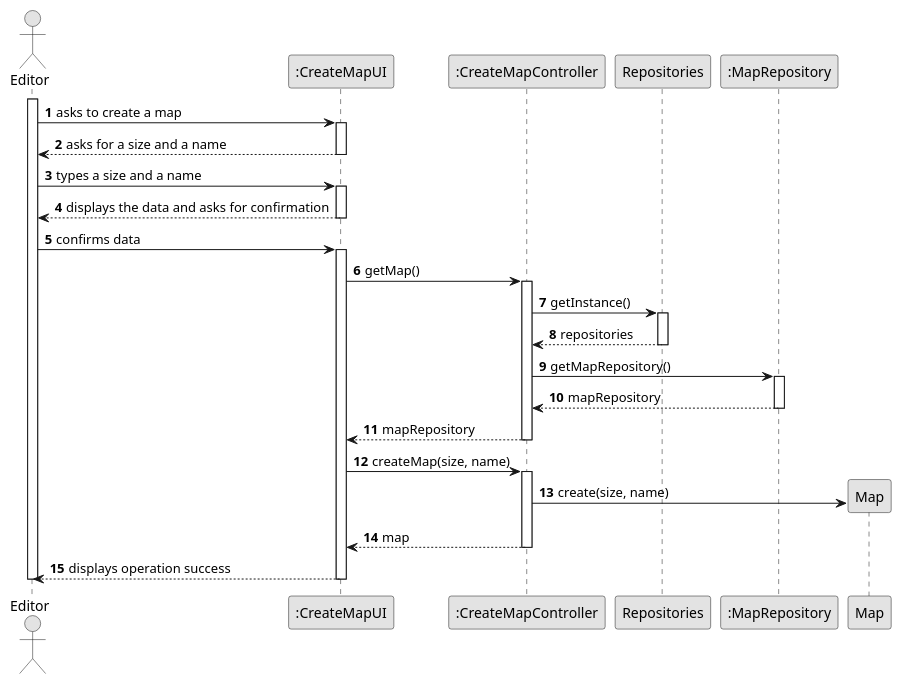
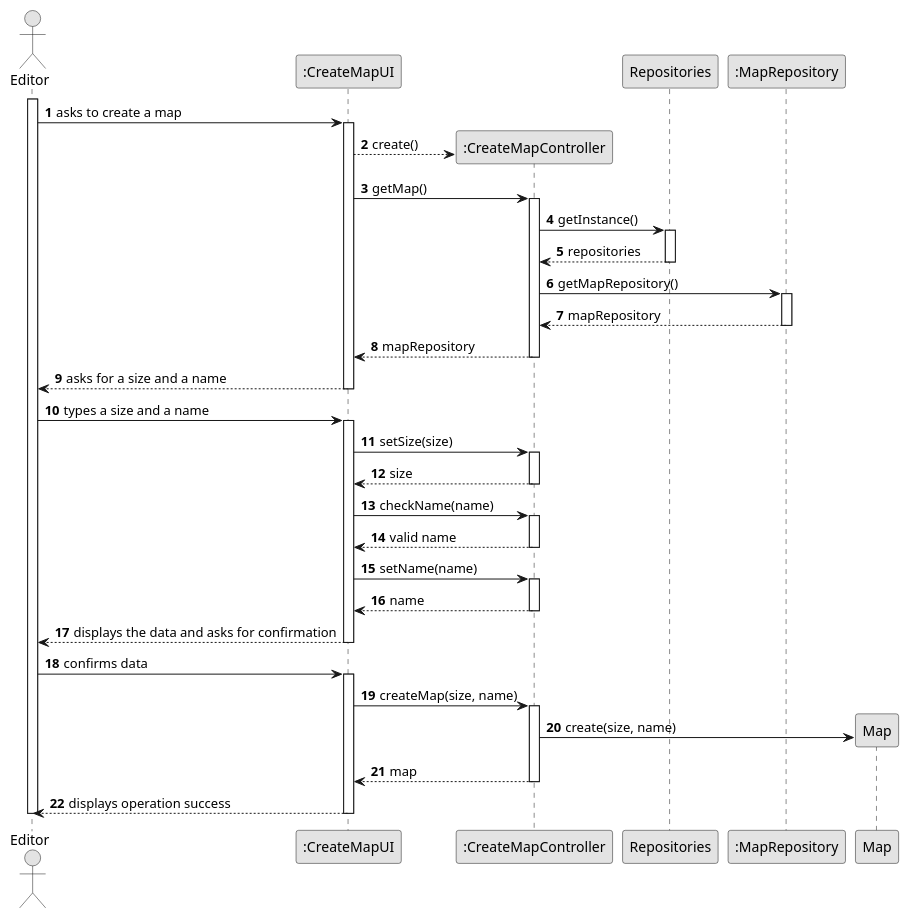
Before and after one commit to 1240935/pi2-railway-simulator: the diagram in Sprint2/US001/03.design/puml/US001-SD-full.puml, drawn with PlantUML. The commit also changed 12 other files, not shown here.

```diff
--- a/Sprint2/US001/03.design/puml/US001-SD-full.puml
+++ b/Sprint2/US001/03.design/puml/US001-SD-full.puml
@@ -1,58 +1,71 @@
 @startuml
 skinparam monochrome true
 skinparam packageStyle rectangle
 skinparam shadowing false
 
 autonumber
 
 'hide footbox
 
     actor "Editor" as EDITOR
     participant ":CreateMapUI" as UI
     participant ":CreateMapController" as CTRL
     participant "Repositories" as REPOS
     participant ":MapRepository" as MAP_REPO
     participant "Map" as MAP
 
     activate EDITOR
 
         EDITOR -> UI : asks to create a map
         activate UI
+            UI --> CTRL** : create()
+
+            UI -> CTRL : getMap()
+            activate CTRL
+              CTRL -> REPOS : getInstance()
+              activate REPOS
+                REPOS --> CTRL: repositories
+              deactivate REPOS
+                CTRL -> MAP_REPO : getMapRepository()
+              activate MAP_REPO
+                MAP_REPO --> CTRL: mapRepository
+              deactivate MAP_REPO
+                CTRL --> UI : mapRepository
+            deactivate CTRL
 
             UI --> EDITOR : asks for a size and a name
         deactivate UI
 
         EDITOR -> UI :  types a size and a name
         activate UI
+            UI -> CTRL: setSize(size)
+            activate CTRL
+                CTRL --> UI : size
+            deactivate CTRL
+            UI -> CTRL: checkName(name)
+            activate CTRL
+                CTRL --> UI : valid name
+            deactivate CTRL
+            UI -> CTRL: setName(name)
+            activate CTRL
+            CTRL --> UI: name
+            deactivate CTRL
+
             UI --> EDITOR : displays the data and asks for confirmation
+
         deactivate UI
 
         EDITOR -> UI : confirms data
         activate UI
-
-         UI -> CTRL : getMap()
-                    activate CTRL
-                        CTRL -> REPOS : getInstance()
-                        activate REPOS
-                            REPOS --> CTRL: repositories
-                        deactivate REPOS
-                        CTRL -> MAP_REPO : getMapRepository()
-                                        activate MAP_REPO
-                                            MAP_REPO --> CTRL: mapRepository
-                                        deactivate MAP_REPO
-                                        CTRL --> UI : mapRepository
-                                        deactivate CTRL
-
-
 
             UI -> CTRL : createMap(size, name)
             activate CTRL
                 CTRL -> MAP**: create(size, name)
 
                 CTRL --> UI : map
                 deactivate CTRL
             UI --> EDITOR : displays operation success
         deactivate UI
 
     deactivate EDITOR
     @enduml
```
